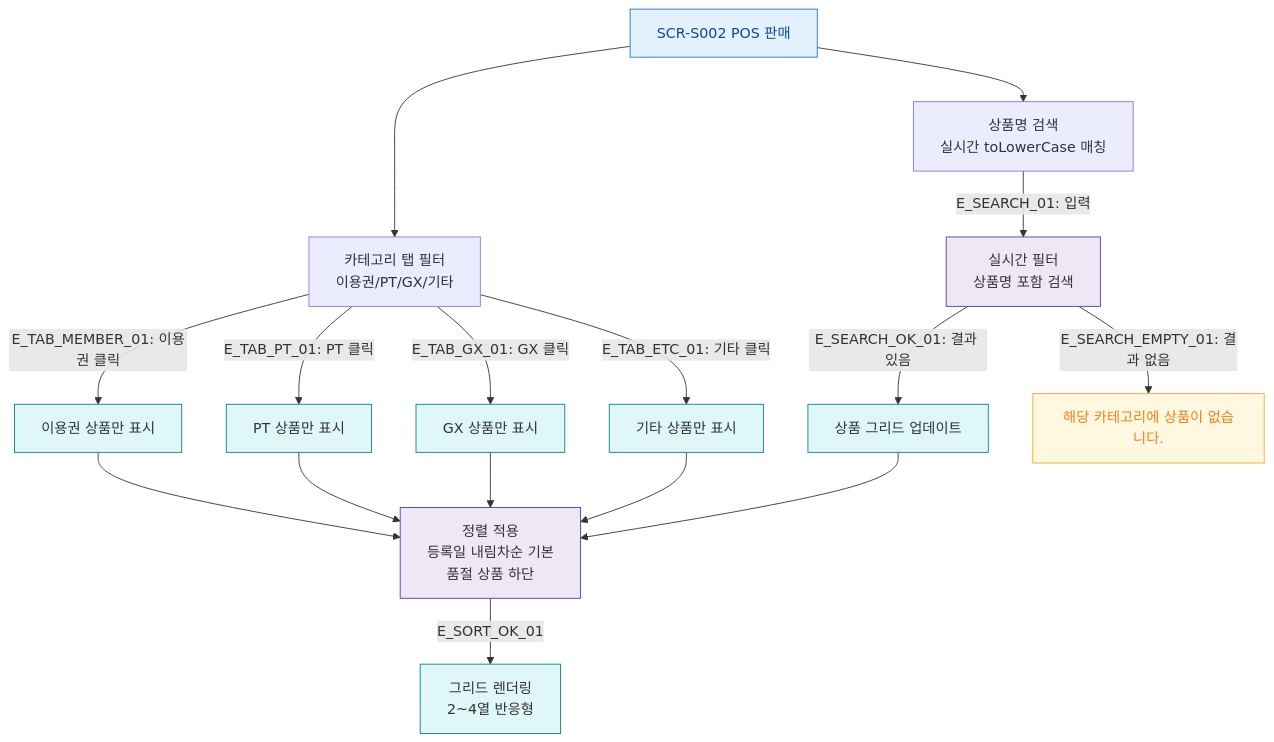
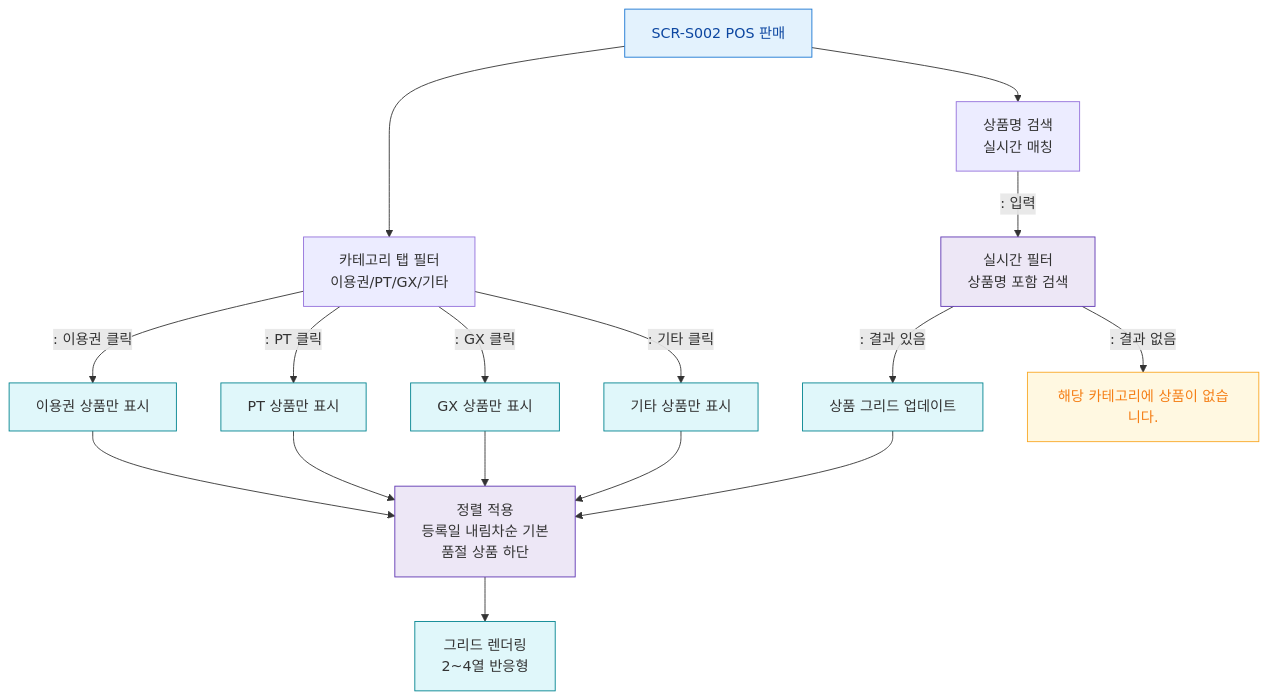
One commit to dev-spogym/admin-pando changed the diagram in docs/다이어그램/D03_매출관리/SCR-S002_POS판매/F4_필터검색.md. Above: the diagram before and after it, drawn with Mermaid. The commit also changed other lines of this file and 1660 other files, not shown here.

First line of the commit message:
다이어그램: 기획자/클라이언트 납품본으로 정리

````diff
--- a/docs/다이어그램/D03_매출관리/SCR-S002_POS판매/F4_필터검색.md
+++ b/docs/다이어그램/D03_매출관리/SCR-S002_POS판매/F4_필터검색.md
@@ -20,34 +18,34 @@
 ```mermaid
 flowchart TD
     S002[SCR-S002 POS 판매]
 
     S002 --> TAB_FILTER[카테고리 탭 필터\n이용권/PT/GX/기타]
-    S002 --> SEARCH_BOX[상품명 검색\n실시간 toLowerCase 매칭]
+    S002 --> SEARCH_BOX[상품명 검색\n실시간 매칭]
 
-    TAB_FILTER -->|"E_TAB_MEMBER_01: 이용권 클릭"| CAT_MEMBER[이용권 상품만 표시]
-    TAB_FILTER -->|"E_TAB_PT_01: PT 클릭"| CAT_PT[PT 상품만 표시]
-    TAB_FILTER -->|"E_TAB_GX_01: GX 클릭"| CAT_GX[GX 상품만 표시]
-    TAB_FILTER -->|"E_TAB_ETC_01: 기타 클릭"| CAT_ETC[기타 상품만 표시]
+    TAB_FILTER -->|": 이용권 클릭"|CAT_MEMBER[이용권 상품만 표시]
+    TAB_FILTER -->|": PT 클릭"|CAT_PT[PT 상품만 표시]
+    TAB_FILTER -->|": GX 클릭"|CAT_GX[GX 상품만 표시]
+    TAB_FILTER -->|": 기타 클릭"|CAT_ETC[기타 상품만 표시]
 
-    SEARCH_BOX -->|"E_SEARCH_01: 입력"| SEARCH_FILTER[실시간 필터\n상품명 포함 검색]
-    SEARCH_FILTER -->|"E_SEARCH_OK_01: 결과 있음"| GRID_UPDATE[상품 그리드 업데이트]
-    SEARCH_FILTER -->|"E_SEARCH_EMPTY_01: 결과 없음"| GRID_EMPTY[해당 카테고리에 상품이 없습니다.]
+    SEARCH_BOX -->|": 입력"|SEARCH_FILTER[실시간 필터\n상품명 포함 검색]
+    SEARCH_FILTER -->|": 결과 있음"|GRID_UPDATE[상품 그리드 업데이트]
+    SEARCH_FILTER -->|": 결과 없음"|GRID_EMPTY[해당 카테고리에 상품이 없습니다.]
 
     CAT_MEMBER --> SORT_APPLY[정렬 적용\n등록일 내림차순 기본\n품절 상품 하단]
     CAT_PT --> SORT_APPLY
     CAT_GX --> SORT_APPLY
     CAT_ETC --> SORT_APPLY
     GRID_UPDATE --> SORT_APPLY
 
-    SORT_APPLY -->|E_SORT_OK_01| GRID_RENDER[그리드 렌더링\n2~4열 반응형]
+    SORT_APPLY --> GRID_RENDER[그리드 렌더링\n2~4열 반응형]
 
     classDef screen fill:#E3F2FD,stroke:#1976D2,color:#0D47A1
     classDef system fill:#EDE7F6,stroke:#5E35B2
     classDef warning fill:#FFF8E1,stroke:#F9A825,color:#F57F17
     classDef info fill:#E0F7FA,stroke:#00838F
 
     class S002 screen
     class SEARCH_FILTER,SORT_APPLY system
     class GRID_EMPTY warning
     class GRID_UPDATE,GRID_RENDER,CAT_MEMBER,CAT_PT,CAT_GX,CAT_ETC info
 ```
````
